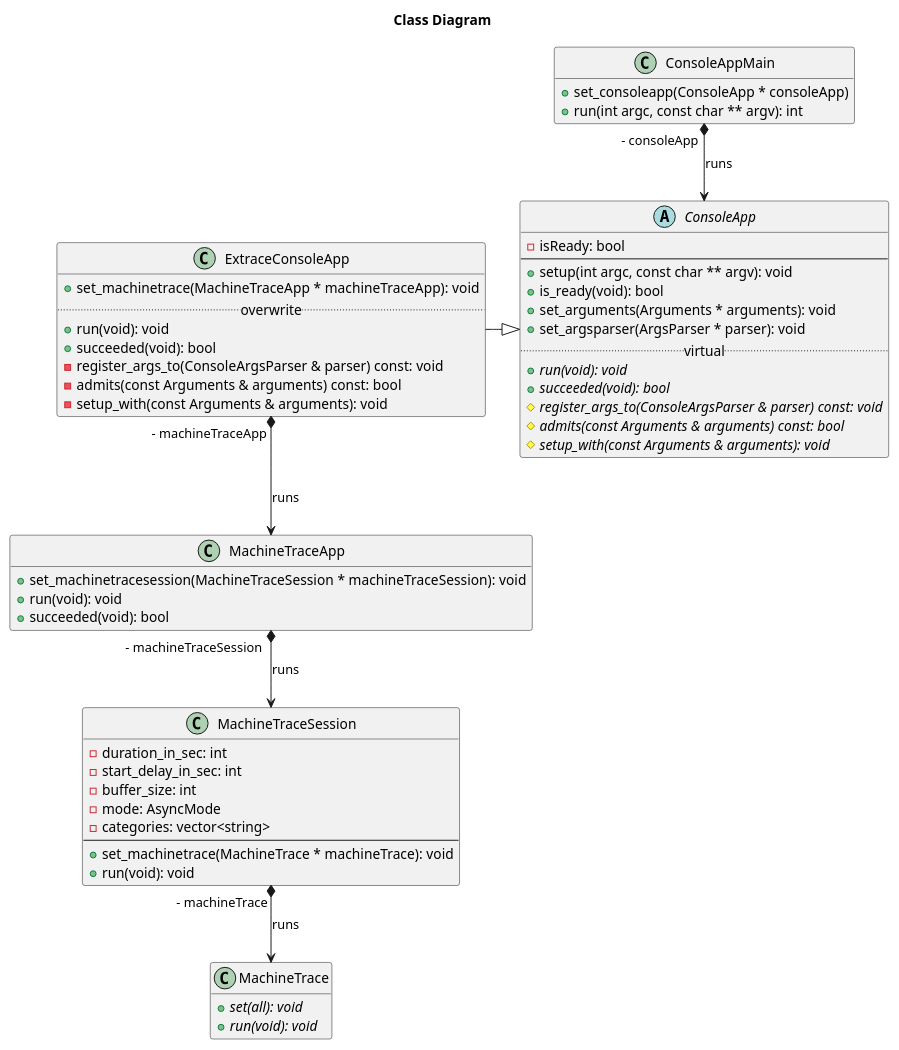
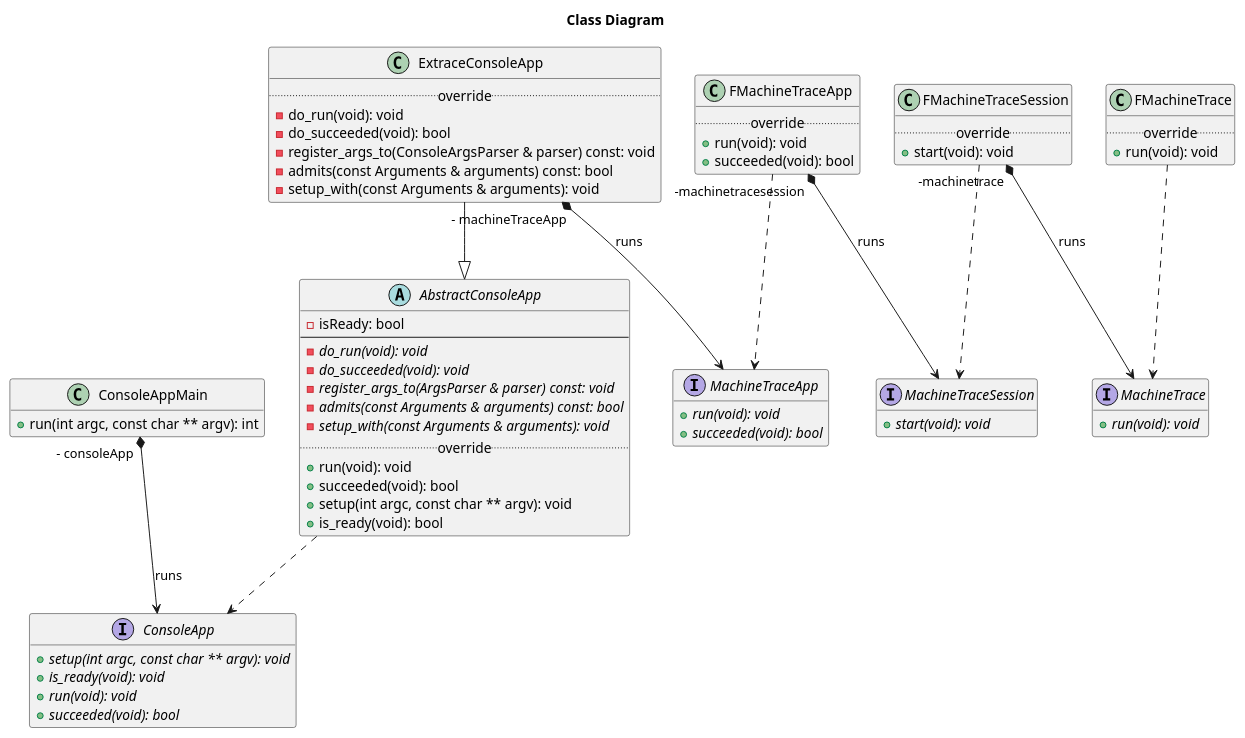
The diagram in docs/design/class.puml (littlewhywhat/extrace), drawn with PlantUML before and after one commit. The commit also changed 19 other files, not shown here.

First line of the commit message:
Update class diagram, implemented design

```diff
--- a/docs/design/class.puml
+++ b/docs/design/class.puml
@@ -1,67 +1,88 @@
 @startuml
 
 title Class Diagram
 
 class ConsoleAppMain {
-  + set_consoleapp(ConsoleApp * consoleApp)
   + run(int argc, const char ** argv): int
 }
 hide ConsoleAppMain fields
 
-abstract class ConsoleApp {
+ConsoleAppMain "- consoleApp" *--> ConsoleApp: runs
+
+interface ConsoleApp {
+  + {abstract} setup(int argc, const char ** argv): void
+  + {abstract} is_ready(void): void
+  + {abstract} run(void): void
+  + {abstract} succeeded(void): bool
+}
+hide ConsoleApp fields
+
+abstract class AbstractConsoleApp {
   - isReady: bool
   --
+  - {abstract} do_run(void): void
+  - {abstract} do_succeeded(void): void
+  - {abstract} register_args_to(ArgsParser & parser) const: void
+  - {abstract} admits(const Arguments & arguments) const: bool
+  - {abstract} setup_with(const Arguments & arguments): void
+  ..override..
+  + run(void): void
+  + succeeded(void): bool
   + setup(int argc, const char ** argv): void
   + is_ready(void): bool
-  + set_arguments(Arguments * arguments): void
-  + set_argsparser(ArgsParser * parser): void
-  ..virtual..
-  + {abstract} run(void): void
-  + {abstract} succeeded(void): bool
-  # {abstract} register_args_to(ConsoleArgsParser & parser) const: void
-  # {abstract} admits(const Arguments & arguments) const: bool
-  # {abstract} setup_with(const Arguments & arguments): void
 }
+AbstractConsoleApp ..> ConsoleApp
 
 class ExtraceConsoleApp {
-  + set_machinetrace(MachineTraceApp * machineTraceApp): void
-  ..overwrite..
-  + run(void): void
-  + succeeded(void): bool
+  ..override..
+  - do_run(void): void
+  - do_succeeded(void): bool
   - register_args_to(ConsoleArgsParser & parser) const: void
   - admits(const Arguments & arguments) const: bool
   - setup_with(const Arguments & arguments): void
 }
 hide ExtraceConsoleApp fields
+ExtraceConsoleApp --|> AbstractConsoleApp
+ExtraceConsoleApp "- machineTraceApp" *--> MachineTraceApp: runs
 
-class MachineTraceApp {
-  + set_machinetracesession(MachineTraceSession * machineTraceSession): void
+interface MachineTraceApp {
+  + {abstract} run(void): void
+  + {abstract} succeeded(void): bool
+}
+hide MachineTraceApp fields
+
+class FMachineTraceApp {
+  ..override..
   + run(void): void
   + succeeded(void): bool
 }
-hide MachineTraceApp fields
+hide FMachineTraceApp fields
+FMachineTraceApp ..> MachineTraceApp
+FMachineTraceApp "-machinetracesession" *--> MachineTraceSession: runs
 
-class MachineTraceSession {
-  - duration_in_sec: int
-  - start_delay_in_sec: int
-  - buffer_size: int
-  - mode: AsyncMode
-  - categories: vector<string>
-  --
-  + set_machinetrace(MachineTrace * machineTrace): void
-  + run(void): void
+interface MachineTraceSession {
+  + {abstract} start(void): void
 }
+hide MachineTraceSession fields
 
-class MachineTrace {
-  {abstract} + set(all): void
+class FMachineTraceSession {
+  ..override..
+  + start(void): void
+}
+FMachineTraceSession ..> MachineTraceSession
+FMachineTraceSession "-machinetrace" *--> MachineTrace: runs
+
+interface MachineTrace {
   {abstract} + run(void): void
 }
 hide MachineTrace fields
 
-ConsoleAppMain "- consoleApp" *--> ConsoleApp: runs
-ExtraceConsoleApp -|> ConsoleApp
-ExtraceConsoleApp "- machineTraceApp" *--> MachineTraceApp: runs
-MachineTraceApp "- machineTraceSession" *--> MachineTraceSession: runs
-MachineTraceSession "- machineTrace" *--> MachineTrace: runs
+class FMachineTrace {
+  ..override..
+  + run(void): void
+}
+hide FMachineTrace fields
+FMachineTrace ..> MachineTrace
+
 
 @enduml
```
